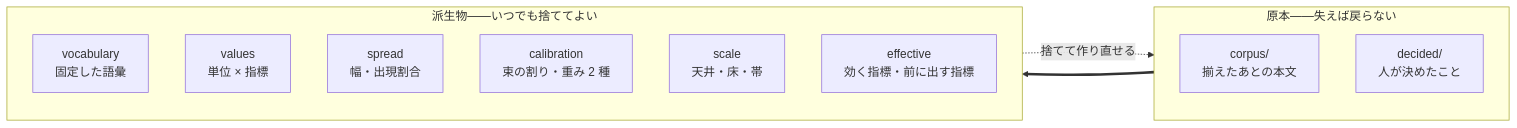
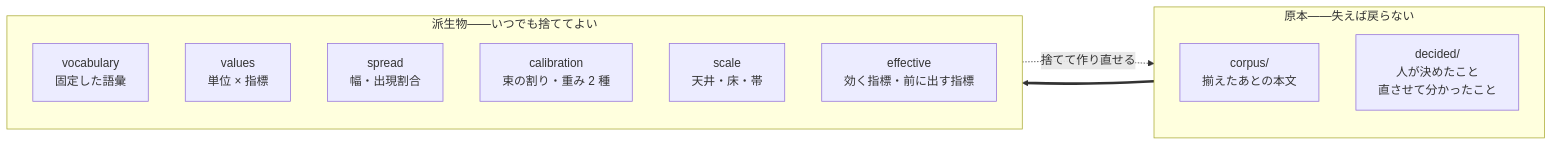
The diagram in docs/design/100-cassette.md (lambdalisue/kuchiyose), drawn with Mermaid before and after one commit. The commit also changed other lines of this file and 18 other files, not shown here.

````diff
--- a/docs/design/100-cassette.md
+++ b/docs/design/100-cassette.md
@@ -22,19 +23,19 @@
 ```mermaid
 flowchart LR
     subgraph keep["原本——失えば戻らない"]
         direction TB
         corpus["corpus/<br/>揃えたあとの本文"]
-        decided["decided/<br/>人が決めたこと"]
+        decided["decided/<br/>人が決めたこと<br/>直させて分かったこと"]
     end
     subgraph drop["派生物——いつでも捨ててよい"]
         direction TB
         vocab["vocabulary<br/>固定した語彙"]
         values["values<br/>単位 × 指標"]
         spread["spread<br/>幅・出現割合"]
         calib["calibration<br/>束の割り・重み 2 種"]
         scale["scale<br/>天井・床・帯"]
         eff["effective<br/>効く指標・前に出す指標"]
     end
     keep ==> drop
     drop -. 捨てて作り直せる .-> keep
 ```
````
